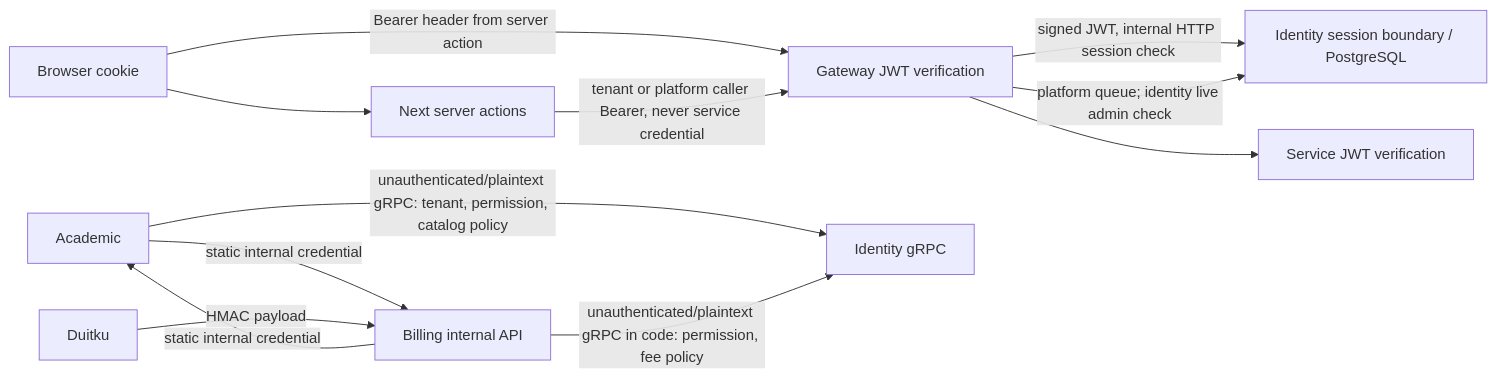
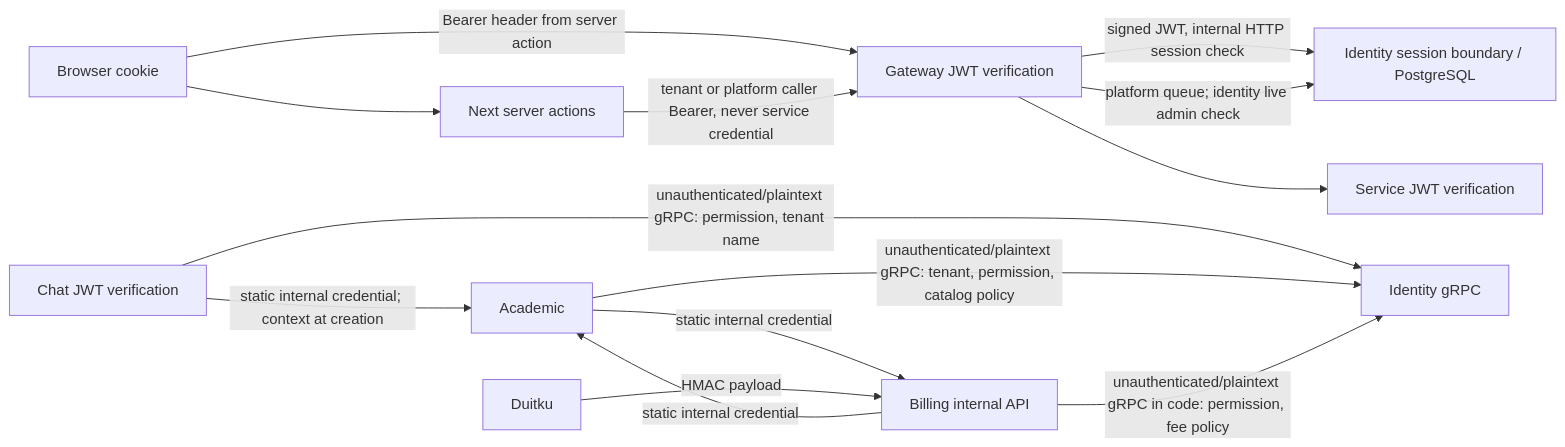
Before and after one commit to kelolakelas/kelolakelas-docs: the diagram in docs/05-security.md, drawn with Mermaid. The commit also changed 7 other files, not shown here.

````diff
--- a/docs/05-security.md
+++ b/docs/05-security.md
@@ -29,14 +29,16 @@
 ```mermaid
 flowchart LR
   B[Browser cookie] --> W[Next server actions]
   B -->|Bearer header from server action| G[Gateway JWT verification]
   G -->|signed JWT, internal HTTP session check| IHTTP[Identity session boundary / PostgreSQL]
   G --> S[Service JWT verification]
   W -->|tenant or platform caller Bearer, never service credential| G
   G -->|platform queue; identity live admin check| IHTTP
   A[Academic] -->|static internal credential| BL[Billing internal API]
   BL -->|static internal credential| A
+  C[Chat JWT verification] -->|static internal credential; context at creation| A
+  C -->|unauthenticated/plaintext gRPC: permission, tenant name| I
   P[Duitku] -->|HMAC payload| BL
   A -->|unauthenticated/plaintext gRPC: tenant, permission, catalog policy| I[Identity gRPC]
   BL -->|unauthenticated/plaintext gRPC in code: permission, fee policy| I
 ```
````
